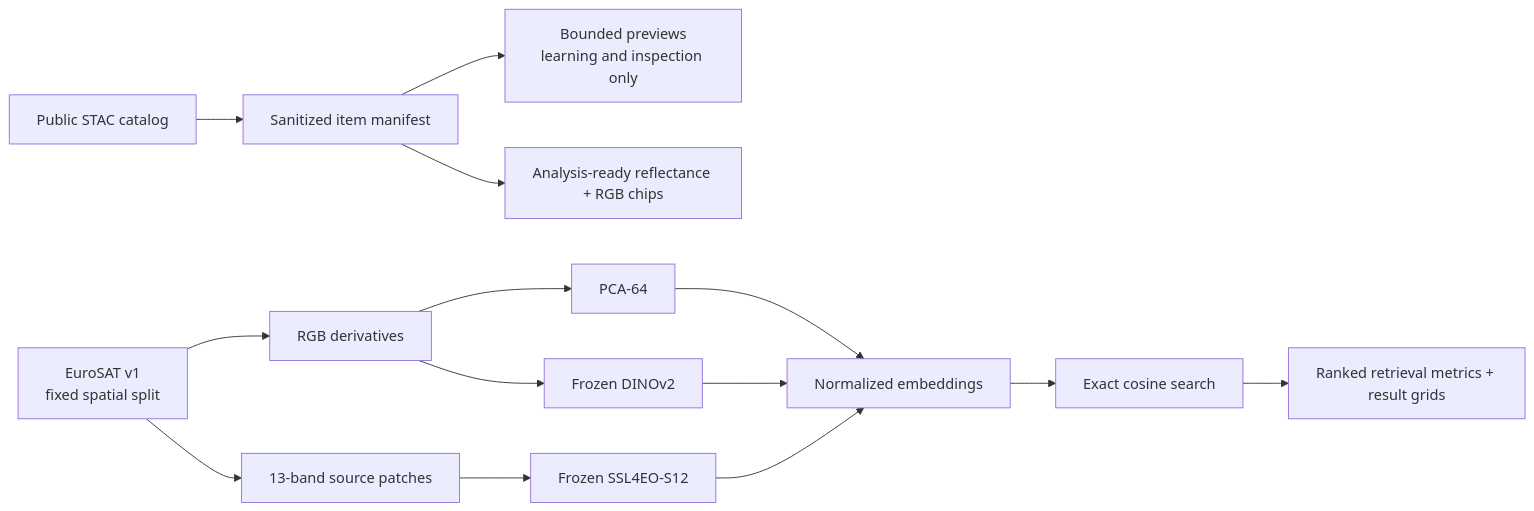
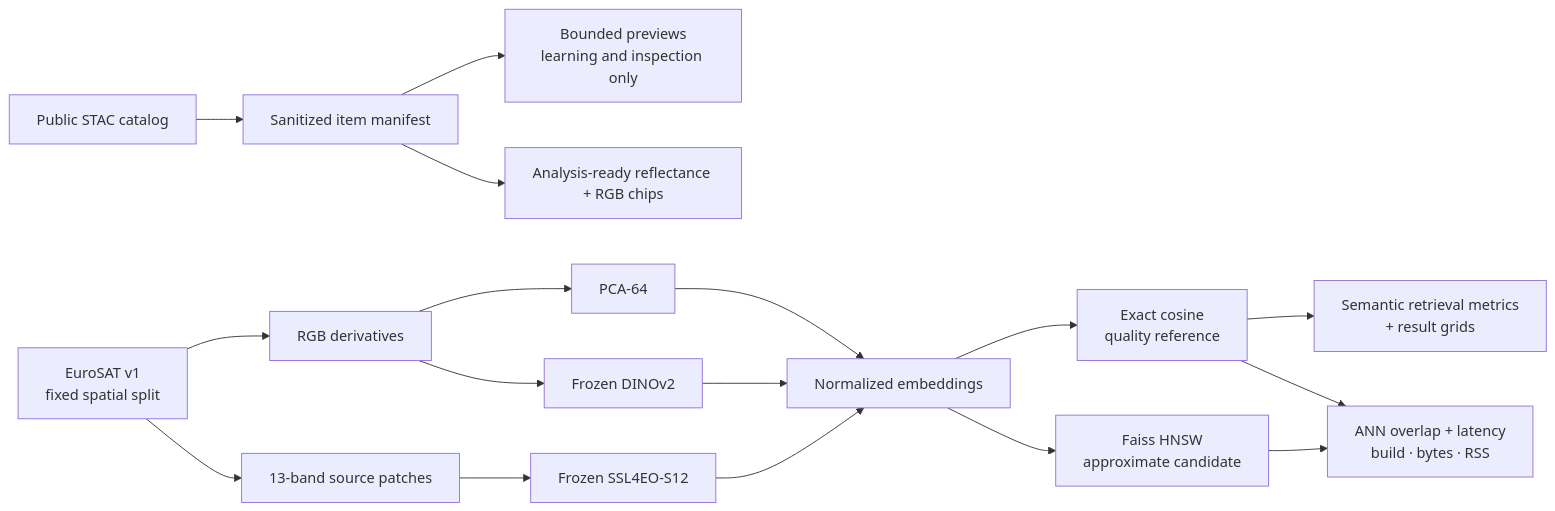
One commit to NikosMav/eo-visual-retrieval changed the diagram in README.md. Above: the diagram before and after it, drawn with Mermaid. The commit also changed other lines of this file and 20 other files, not shown here.

Commit message:
feat: benchmark exact search against faiss hnsw

````diff
--- a/README.md
+++ b/README.md
@@ -27,17 +28,20 @@
 ```mermaid
 flowchart LR
     STAC[Public STAC catalog] --> Safe[Sanitized item manifest]
     Safe --> Preview[Bounded previews<br/>learning and inspection only]
     Safe --> Chip[Analysis-ready reflectance + RGB chips]
 
     EuroSAT[EuroSAT v1<br/>fixed spatial split] --> RGB[RGB derivatives]
     EuroSAT --> MS[13-band source patches]
     RGB --> PCA[PCA-64]
     RGB --> DINO[Frozen DINOv2]
     MS --> SSL[Frozen SSL4EO-S12]
     PCA --> Vectors[Normalized embeddings]
     DINO --> Vectors
     SSL --> Vectors
-    Vectors --> Search[Exact cosine search]
-    Search --> Eval[Ranked retrieval metrics + result grids]
+    Vectors --> Exact[Exact cosine<br/>quality reference]
+    Vectors --> HNSW[Faiss HNSW<br/>approximate candidate]
+    Exact --> Eval[Semantic retrieval metrics<br/>+ result grids]
+    Exact --> Systems[ANN overlap + latency<br/>build · bytes · RSS]
+    HNSW --> Systems
 ```
````
